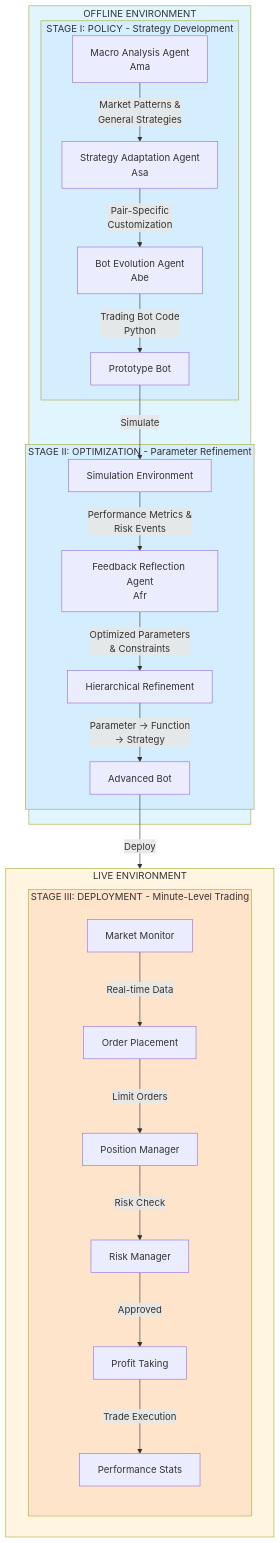
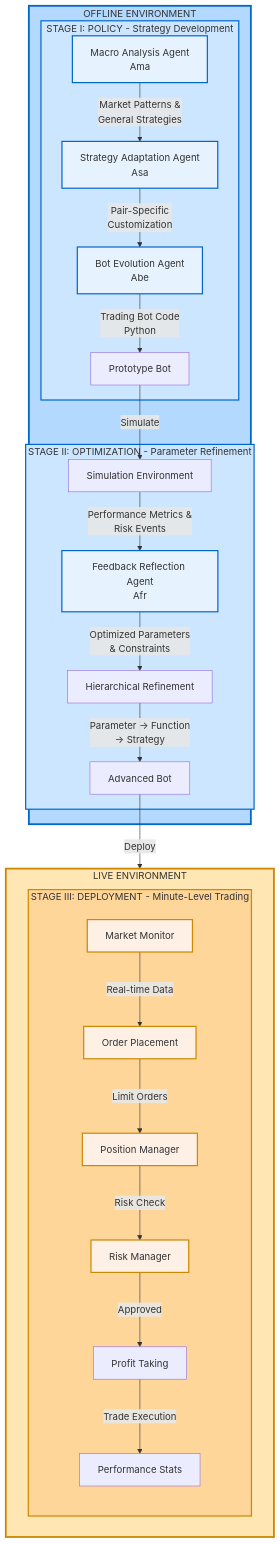
The diagram in README.md (ReverseZoom2151/TiMi), drawn with Mermaid before and after one commit.

Commit message:
Improve Mermaid diagram color contrast for better visibility
- Use stronger colors with better contrast ratios
- Add distinct stroke colors (blue for offline, orange for live)
- Increase stroke width for main environments (3px)
- Style individual agent boxes for better hierarchy
- Ensure diagram is readable in both light and dark modes
- Improve visual distinction between stages

````diff
--- a/README.md
+++ b/README.md
@@ -123,35 +123,43 @@
 ```mermaid
 graph TB
     subgraph OFFLINE["OFFLINE ENVIRONMENT"]
         subgraph POLICY["STAGE I: POLICY - Strategy Development"]
             A[Macro Analysis Agent<br/>Ama] -->|Market Patterns &<br/>General Strategies| B[Strategy Adaptation Agent<br/>Asa]
             B -->|Pair-Specific<br/>Customization| C[Bot Evolution Agent<br/>Abe]
             C -->|Trading Bot Code<br/>Python| D[Prototype Bot]
         end
 
         subgraph OPT["STAGE II: OPTIMIZATION - Parameter Refinement"]
             D -->|Simulate| E[Simulation Environment]
             E -->|Performance Metrics &<br/>Risk Events| F[Feedback Reflection Agent<br/>Afr]
             F -->|Optimized Parameters<br/>& Constraints| G[Hierarchical Refinement]
             G -->|Parameter → Function<br/>→ Strategy| H[Advanced Bot]
         end
     end
 
     H -->|Deploy| LIVE
 
     subgraph LIVE["LIVE ENVIRONMENT"]
         subgraph DEPLOY["STAGE III: DEPLOYMENT - Minute-Level Trading"]
             I[Market Monitor] -->|Real-time Data| J[Order Placement]
             J -->|Limit Orders| K[Position Manager]
             K -->|Risk Check| L[Risk Manager]
             L -->|Approved| M[Profit Taking]
             M -->|Trade Execution| N[Performance Stats]
         end
     end
 
-    style OFFLINE fill:#e1f5ff
-    style LIVE fill:#fff5e1
-    style POLICY fill:#d4edff
-    style OPT fill:#d4edff
-    style DEPLOY fill:#ffe4cc
+    style OFFLINE fill:#b3d9ff,stroke:#0066cc,stroke-width:3px
+    style LIVE fill:#ffe6b3,stroke:#cc8800,stroke-width:3px
+    style POLICY fill:#cce6ff,stroke:#0066cc,stroke-width:2px
+    style OPT fill:#cce6ff,stroke:#0066cc,stroke-width:2px
+    style DEPLOY fill:#ffd699,stroke:#cc8800,stroke-width:2px
+    style A fill:#e6f3ff,stroke:#0066cc,stroke-width:2px
+    style B fill:#e6f3ff,stroke:#0066cc,stroke-width:2px
+    style C fill:#e6f3ff,stroke:#0066cc,stroke-width:2px
+    style F fill:#e6f3ff,stroke:#0066cc,stroke-width:2px
+    style I fill:#fff0e6,stroke:#cc8800,stroke-width:2px
+    style J fill:#fff0e6,stroke:#cc8800,stroke-width:2px
+    style K fill:#fff0e6,stroke:#cc8800,stroke-width:2px
+    style L fill:#fff0e6,stroke:#cc8800,stroke-width:2px
 ```
````
